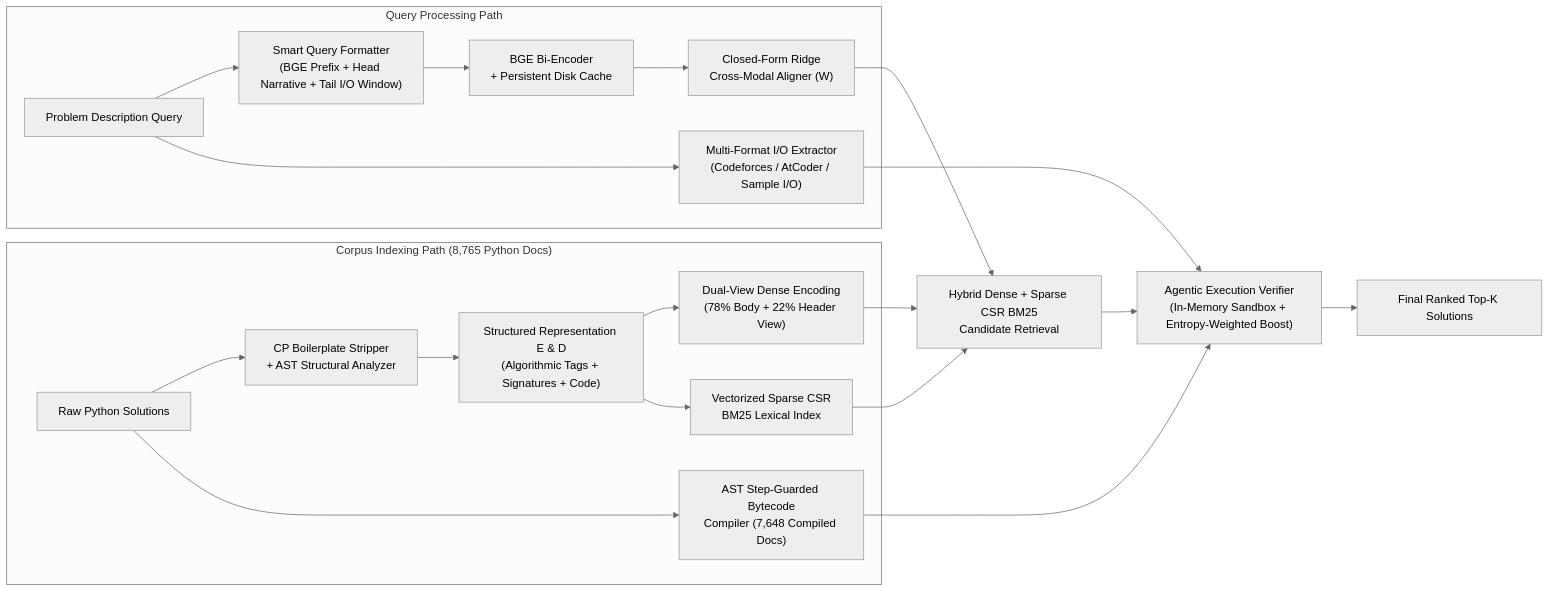
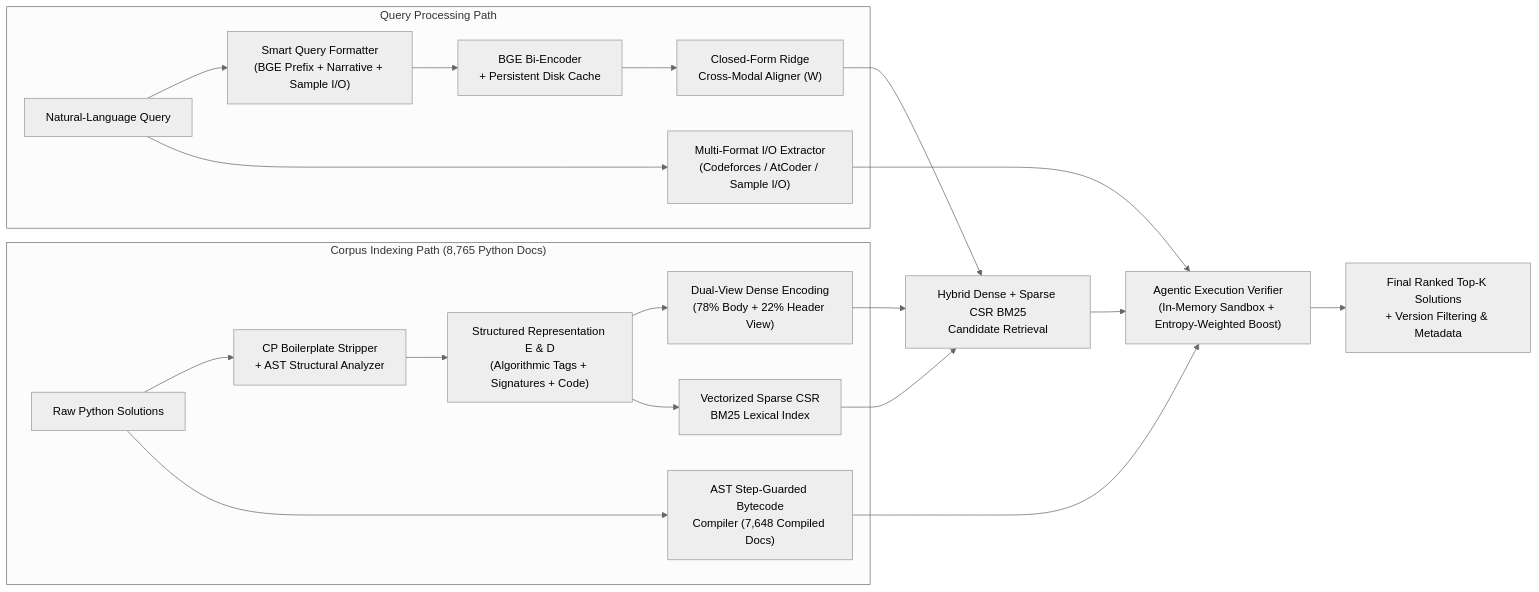
One commit to Adharsh-Arvinth/agentic-code-intelligence changed the diagram in README.md. Above: the diagram before and after it, drawn with Mermaid (neutral theme). The commit also changed other lines of this file and 15 other files, not shown here.

````diff
--- a/README.md
+++ b/README.md
@@ -50,26 +36,26 @@
 ```mermaid
 flowchart LR
     subgraph QueryPath["Query Processing Path"]
-        Q["Problem Description Query"] --> QSmart["Smart Query Formatter\n(BGE Prefix + Head Narrative + Tail I/O Window)"]
+        Q["Natural-Language Query"] --> QSmart["Smart Query Formatter\n(BGE Prefix + Narrative + Sample I/O)"]
         Q --> IOExt["Multi-Format I/O Extractor\n(Codeforces / AtCoder / Sample I/O)"]
         QSmart --> BiEncQ["BGE Bi-Encoder\n+ Persistent Disk Cache"]
         BiEncQ --> Aligner["Closed-Form Ridge\nCross-Modal Aligner (W)"]
     end
 
     subgraph CorpusPath["Corpus Indexing Path (8,765 Python Docs)"]
         C["Raw Python Solutions"] --> Boiler["CP Boilerplate Stripper\n+ AST Structural Analyzer"]
         Boiler --> RepE["Structured Representation E & D\n(Algorithmic Tags + Signatures + Code)"]
         RepE --> DualView["Dual-View Dense Encoding\n(78% Body + 22% Header View)"]
         RepE --> BM25Idx["Vectorized Sparse CSR\nBM25 Lexical Index"]
         C --> ASTComp["AST Step-Guarded Bytecode\nCompiler (7,648 Compiled Docs)"]
     end
 
     Aligner --> Hybrid["Hybrid Dense + Sparse CSR BM25\nCandidate Retrieval"]
     DualView --> Hybrid
     BM25Idx --> Hybrid
 
     Hybrid --> Verifier["Agentic Execution Verifier\n(In-Memory Sandbox + Entropy-Weighted Boost)"]
     IOExt --> Verifier
     ASTComp --> Verifier
-    Verifier --> TopK["Final Ranked Top-K Solutions"]
+    Verifier --> TopK["Final Ranked Top-K Solutions\n+ Version Filtering & Metadata"]
 ```
````
